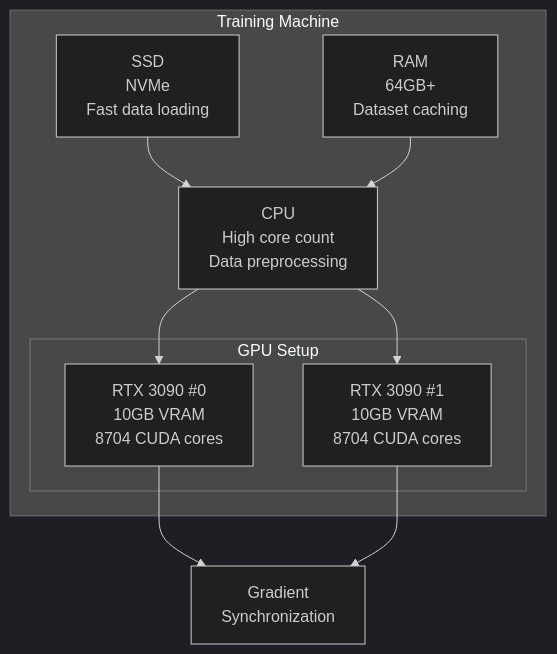
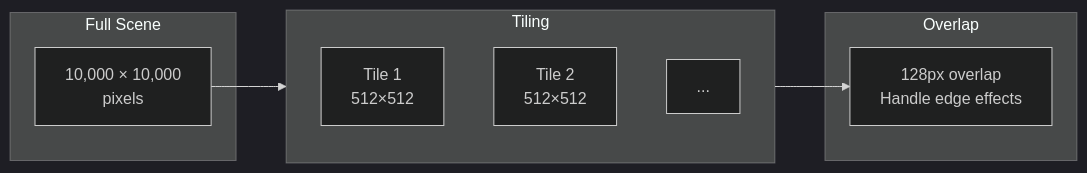
One commit to rerangst/geobayai_lab changed the fourth of 9 diagrams in research/chuong-06-xview-challenges/muc-03-xview3-maritime/06-giai-nam.md. Above: the diagram before and after it, drawn with Mermaid (dark theme). The commit also changed other lines of this file and 18 other files, not shown here.

````diff
--- a/research/chuong-06-xview-challenges/muc-03-xview3-maritime/06-giai-nam.md
+++ b/research/chuong-06-xview-challenges/muc-03-xview3-maritime/06-giai-nam.md
@@ -1433,22 +121,18 @@
 ```mermaid
-flowchart TB
-    subgraph "Training Machine"
-        CPU["CPU<br/>High core count<br/>Data preprocessing"]
-
-        subgraph "GPU Setup"
-            GPU1["RTX 3090 #0<br/>10GB VRAM<br/>8704 CUDA cores"]
-            GPU2["RTX 3090 #1<br/>10GB VRAM<br/>8704 CUDA cores"]
-        end
-
-        RAM["RAM<br/>64GB+<br/>Dataset caching"]
-        SSD["SSD<br/>NVMe<br/>Fast data loading"]
+flowchart LR
+    subgraph SCENE["Full Scene"]
+        FULL["10,000 × 10,000<br/>pixels"]
     end
 
-    SSD --> CPU
-    CPU --> GPU1
-    CPU --> GPU2
-    RAM --> CPU
+    subgraph TILES["Tiling"]
+        T1["Tile 1<br/>512×512"]
+        T2["Tile 2<br/>512×512"]
+        TN["..."]
+    end
 
-    GPU1 --> Sync["Gradient<br/>Synchronization"]
-    GPU2 --> Sync
+    subgraph OVERLAP["Overlap"]
+        OV["128px overlap<br/>Handle edge effects"]
+    end
+
+    FULL --> TILES --> OV
 ```
````
